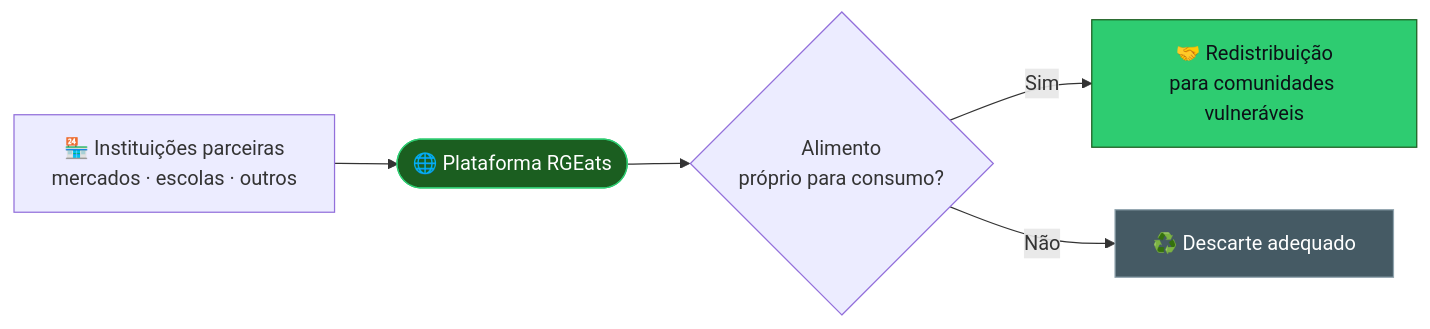
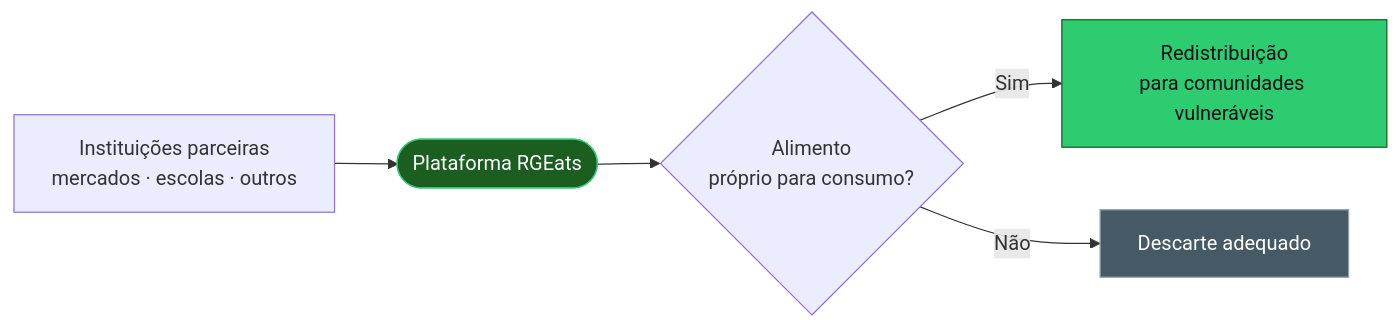
One commit to jose9821/TCC changed the diagram in README.md. Above: the diagram before and after it, drawn with Mermaid. The commit also changed other lines of this file, not shown here.

````diff
--- a/README.md
+++ b/README.md
@@ -76,11 +76,11 @@
 ```mermaid
 flowchart LR
-    A["🏪 Instituições parceiras<br/>mercados · escolas · outros"] --> B(["🌐 Plataforma RGEats"])
+    A[" Instituições parceiras<br/>mercados · escolas · outros"] --> B([" Plataforma RGEats"])
     B --> C{"Alimento<br/>próprio para consumo?"}
-    C -- Sim --> D["🤝 Redistribuição<br/>para comunidades vulneráveis"]
-    C -- Não --> E["♻️ Descarte adequado"]
+    C -- Sim --> D[" Redistribuição<br/>para comunidades vulneráveis"]
+    C -- Não --> E[" Descarte adequado"]
 
     style B fill:#1B5E20,stroke:#2ECC71,color:#fff
     style D fill:#2ECC71,stroke:#1B5E20,color:#0D1117
     style E fill:#455A64,stroke:#90A4AE,color:#fff
 ```
````
